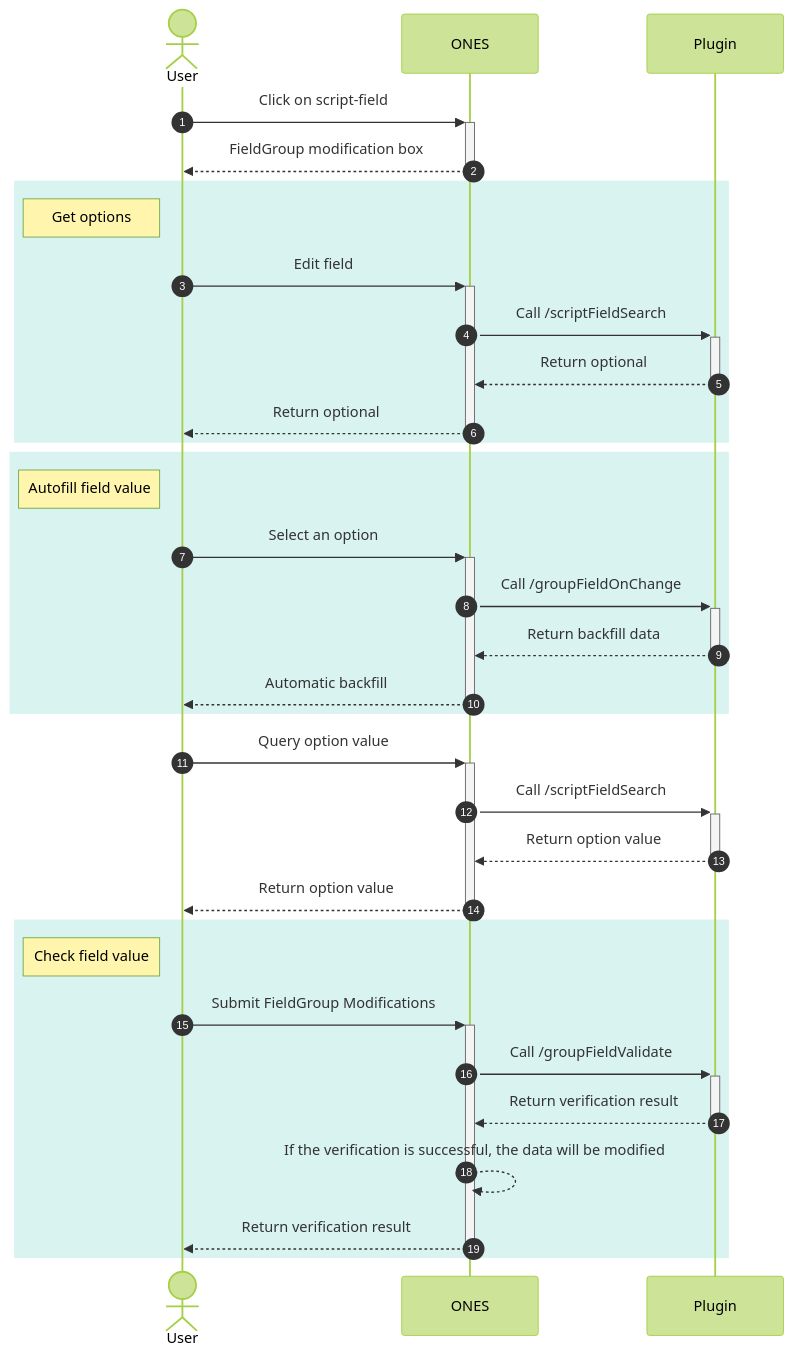
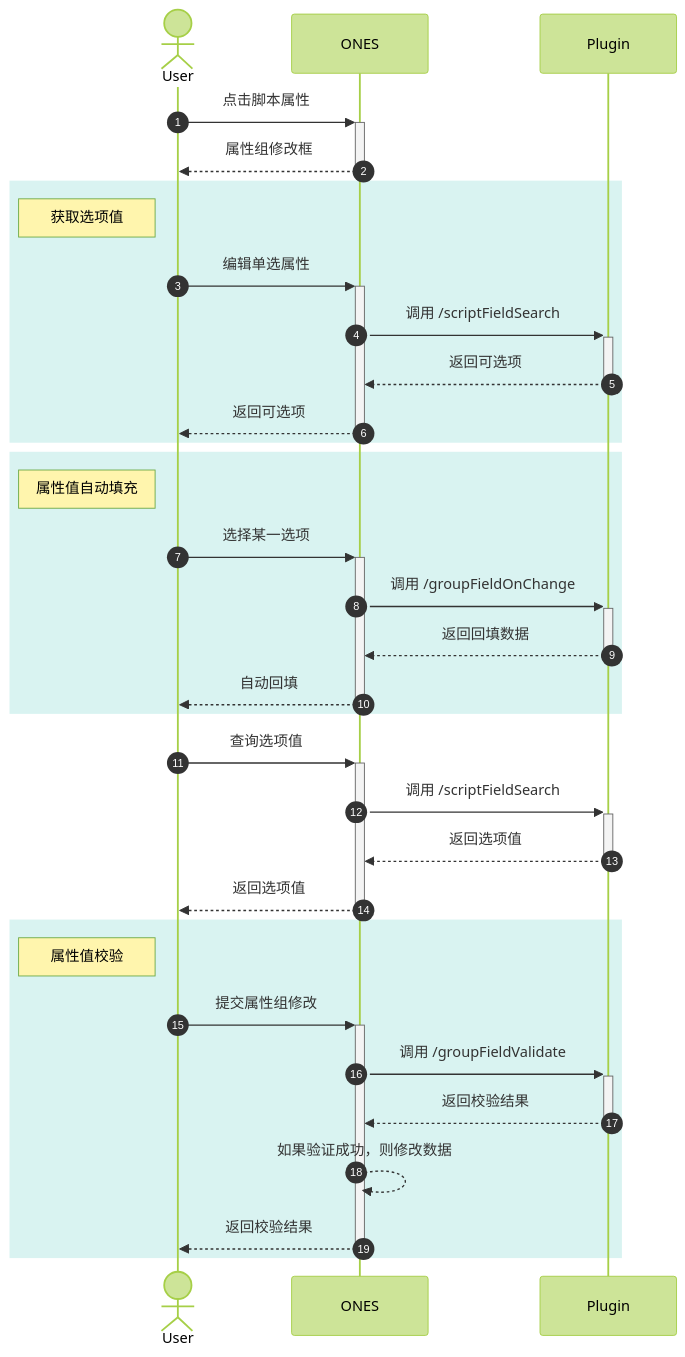
One commit to run-nan/open-docs changed the diagram in i18n/zh-CN/docusaurus-plugin-content-docs/current/abilities/business/field/script-field-selection/script-field-selection.mdx. Above: the diagram before and after it, drawn with Mermaid (forest theme). The commit also changed other lines of this file and 7 other files, not shown here.

````diff
--- a/i18n/zh-CN/docusaurus-plugin-content-docs/current/abilities/business/field/script-field-selection/script-field-selection.mdx
+++ b/i18n/zh-CN/docusaurus-plugin-content-docs/current/abilities/business/field/script-field-selection/script-field-selection.mdx
@@ -511,35 +518,35 @@
 ```mermaid
 sequenceDiagram
     autonumber
     actor u as User
     participant o as ONES
     participant p as Plugin
-    u->>+o: Click on script-field
-    o-->>-u: FieldGroup modification box
+    u->>+o: 点击脚本属性
+    o-->>-u: 属性组修改框
     rect rgb(129,216,207,0.3)
-    note left of u: Get options
-    u->>+o: Edit field
-    o->>+p: Call /scriptFieldSearch
-    p-->>-o: Return optional
-    o-->>-u: Return optional
+    note left of u: 获取选项值
+    u->>+o: 编辑单选属性
+    o->>+p: 调用 /scriptFieldSearch
+    p-->>-o: 返回可选项
+    o-->>-u: 返回可选项
     end
     rect rgb(129,216,207,0.3)
-    note left of u: Autofill field value
-    u->>+o: Select an option
-    o->>+p: Call /groupFieldOnChange
-    p-->>-o: Return backfill data
-    o-->>-u: Automatic backfill
+    note left of u: 属性值自动填充
+    u->>+o: 选择某一选项
+    o->>+p: 调用 /groupFieldOnChange
+    p-->>-o: 返回回填数据
+    o-->>-u: 自动回填
     end
-    u->>+o: Query option value
-    o->>+p: Call /scriptFieldSearch
-    p-->>-o: Return option value
-    o-->>-u: Return option value
+    u->>+o: 查询选项值
+    o->>+p: 调用 /scriptFieldSearch
+    p-->>-o: 返回选项值
+    o-->>-u: 返回选项值
     rect rgb(129,216,207,0.3)
-    note left of u: Check field value
-    u->>+o: Submit FieldGroup Modifications
-    o->>+p: Call /groupFieldValidate
-    p-->>-o: Return verification result
-    o-->>o: If the verification is successful, the data will be modified
-    o-->>-u: Return verification result
+    note left of u: 属性值校验
+    u->>+o: 提交属性组修改
+    o->>+p: 调用 /groupFieldValidate
+    p-->>-o: 返回校验结果
+    o-->>o: 如果验证成功，则修改数据
+    o-->>-u: 返回校验结果
     end
 ```
````
